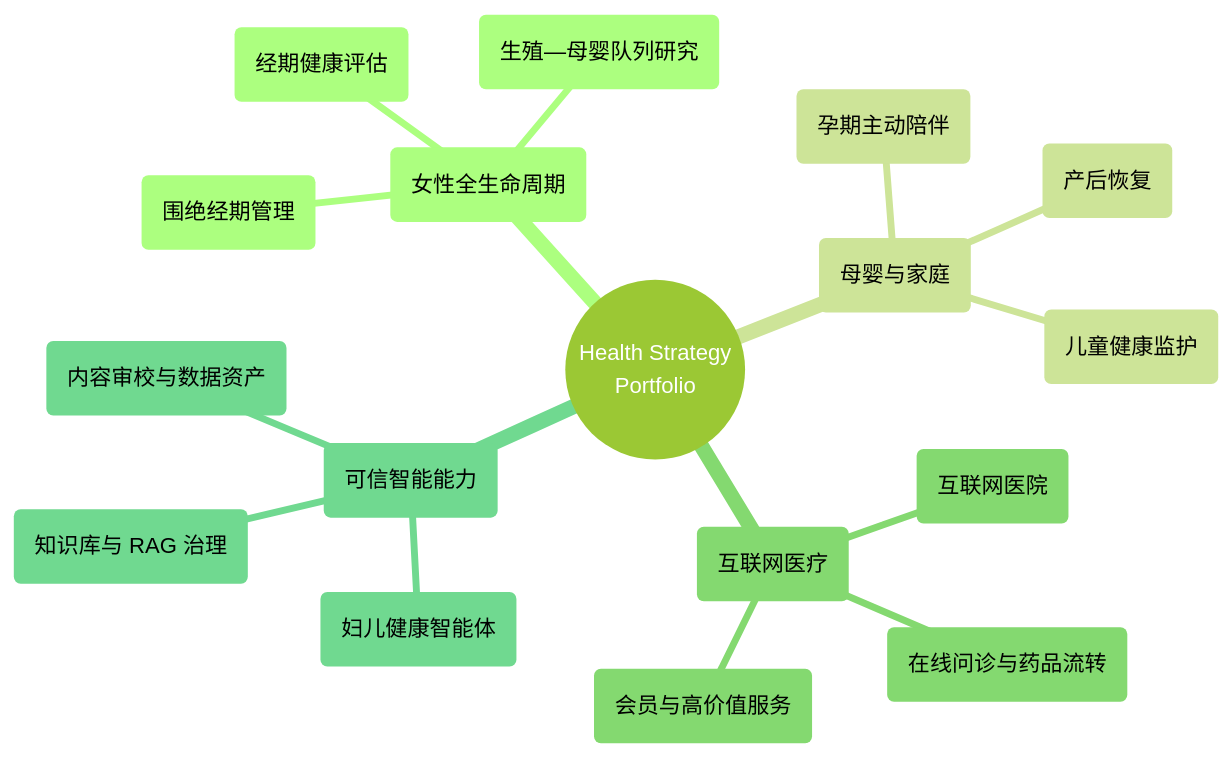
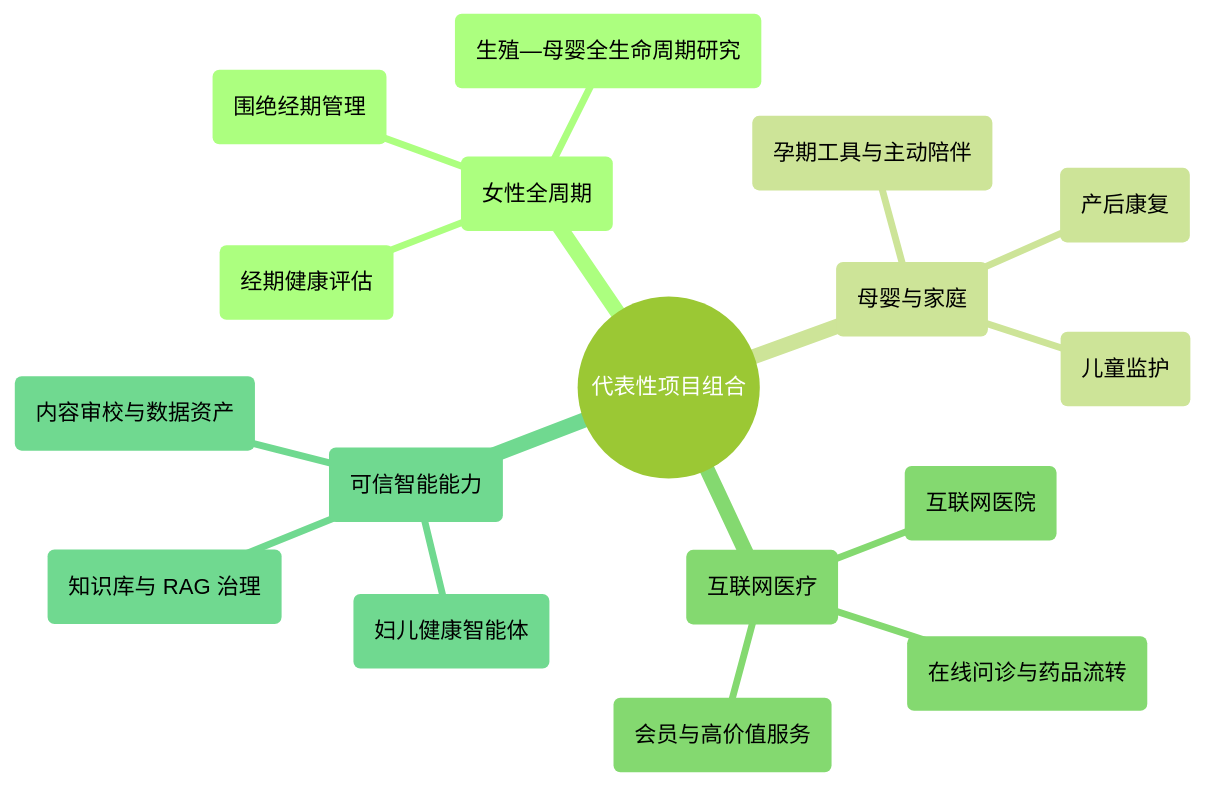
One commit to televgtamfe-coder/digital-health-care changed the third of 6 diagrams in README.md. Above: the diagram before and after it, drawn with Mermaid (forest theme). The commit also changed other lines of this file, not shown here.

````diff
--- a/README.md
+++ b/README.md
@@ -46,20 +96,20 @@
 ```mermaid
 mindmap
-  root(("Health Strategy<br/>Portfolio"))
-    ("女性全生命周期")
+  root(("代表性项目组合"))
+    ("女性全周期")
       ("经期健康评估")
-      ("生殖—母婴队列研究")
+      ("生殖—母婴全生命周期研究")
       ("围绝经期管理")
     ("母婴与家庭")
-      ("孕期主动陪伴")
-      ("产后恢复")
-      ("儿童健康监护")
+      ("孕期工具与主动陪伴")
+      ("产后康复")
+      ("儿童监护")
     ("互联网医疗")
       ("互联网医院")
       ("在线问诊与药品流转")
       ("会员与高价值服务")
     ("可信智能能力")
       ("妇儿健康智能体")
       ("知识库与 RAG 治理")
       ("内容审校与数据资产")
 ```
````
